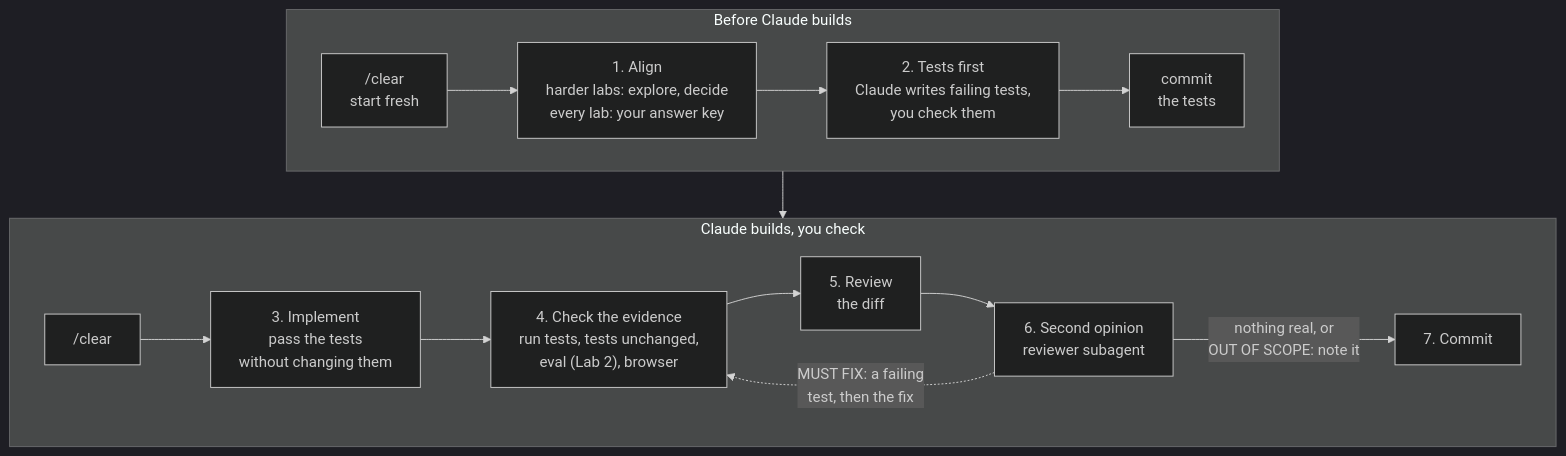
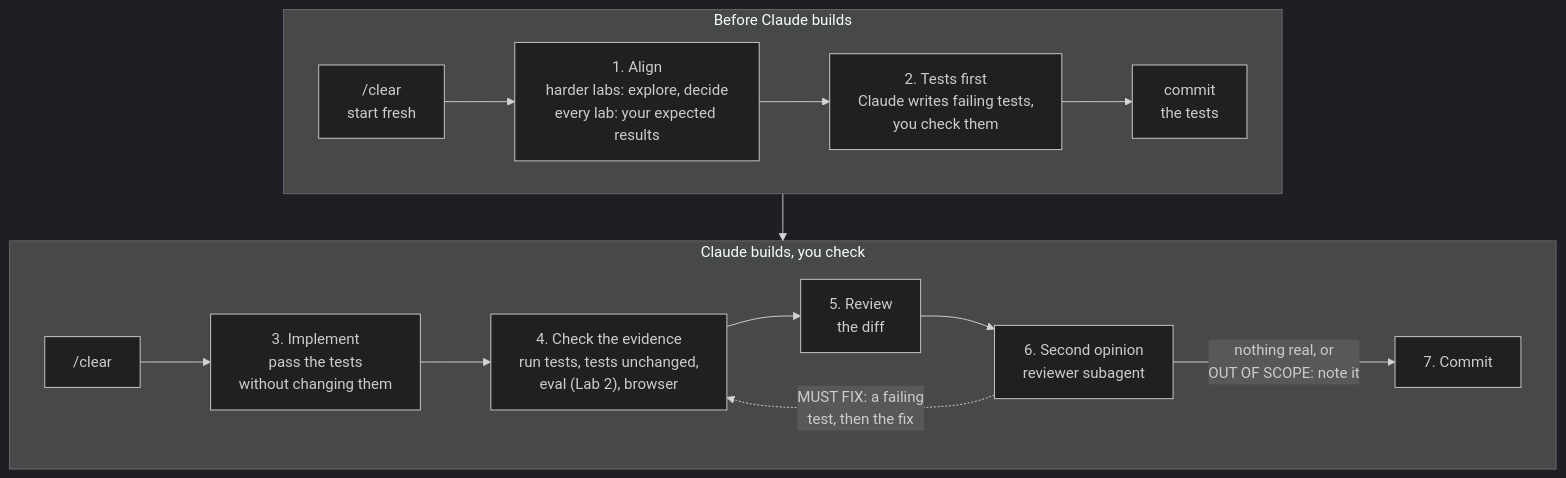
One commit to domroselli/showtix changed the diagram in docs/diagrams/5-workflow.mmd. Above: the diagram before and after it, drawn with Mermaid (dark theme). The commit also changed 27 other files, not shown here.

```diff
--- a/docs/diagrams/5-workflow.mmd
+++ b/docs/diagrams/5-workflow.mmd
@@ -1,19 +1,19 @@
 flowchart TB
   subgraph Before["Before Claude builds"]
     direction LR
-    S0["/clear<br/>start fresh"] --> S1["1. Align<br/>harder labs: explore, decide<br/>every lab: your answer key"]
+    S0["/clear<br/>start fresh"] --> S1["1. Align<br/>harder labs: explore, decide<br/>every lab: your expected results"]
     S1 --> S2["2. Tests first<br/>Claude writes failing tests,<br/>you check them"]
     S2 --> C1["commit<br/>the tests"]
   end
 
   subgraph Build["Claude builds, you check"]
     direction LR
     CL["/clear"] --> S3["3. Implement<br/>pass the tests<br/>without changing them"]
     S3 --> S4["4. Check the evidence<br/>run tests, tests unchanged,<br/>eval (Lab 2), browser"]
     S4 --> S5["5. Review<br/>the diff"]
     S5 --> S6["6. Second opinion<br/>reviewer subagent"]
     S6 -- "nothing real, or<br/>OUT OF SCOPE: note it" --> S7["7. Commit"]
     S6 -. "MUST FIX: a failing<br/>test, then the fix" .-> S4
   end
 
   Before --> Build
```
